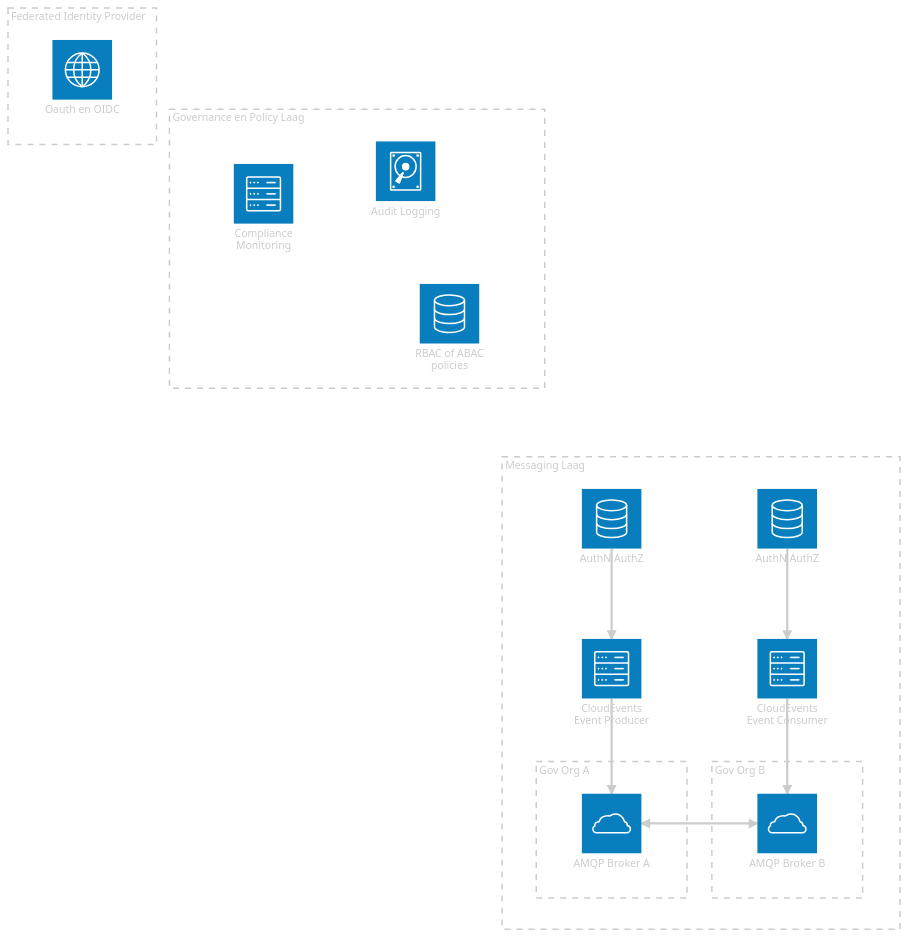
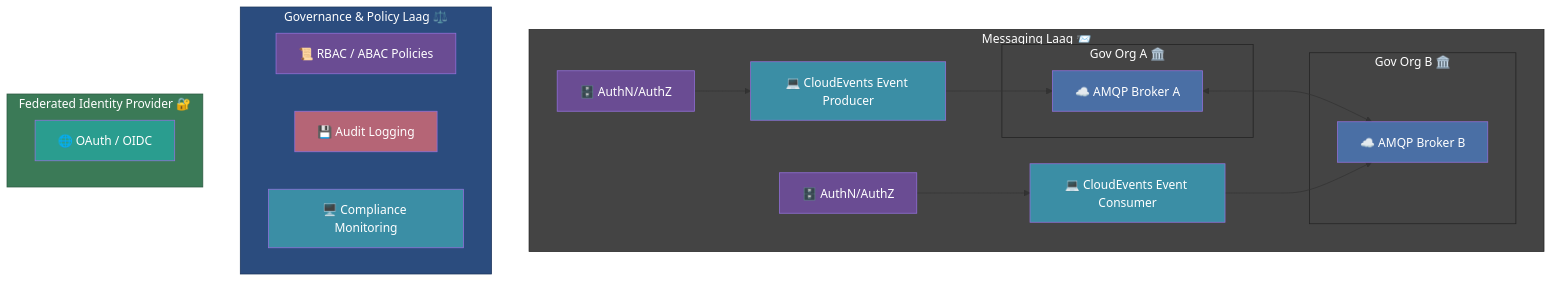
One commit to Logius-standaarden/Abonneren changed the diagram in media/messaging-laag.mermaid. Above: the diagram before and after it, drawn with Mermaid.

Commit message:
Update mermaid

```diff
--- a/media/messaging-laag.mermaid
+++ b/media/messaging-laag.mermaid
@@ -1,32 +1,48 @@
----
-config:
-  theme: neo-dark
-  architecture-beta:
-    htmlLabels: false
----
-architecture-beta
-    group not[Messaging Laag]
-    group gova[Gov Org A] in not
-    group govb[Gov Org B] in not
+%% Herziene versie nu in vorm van flowchart (ipv architecture-beta)
+%% Theme: dark-friendly, readable, grouped with colors
 
-    group gov[Governance en Policy Laag]
-    group id[Federated Identity Provider]
+flowchart TD
+    %% Define styling
+    classDef gov fill:#2b4c7e,stroke:#1c355c,color:#fff
+    classDef id fill:#3b7a57,stroke:#2c5941,color:#fff
+    classDef not fill:#444,stroke:#222,color:#fff
+    classDef service fill:#555,stroke:#222,color:#fff,stroke-width:1px
+    classDef cloud fill:#4a6fa5,color:#fff
+    classDef database fill:#6a4c93,color:#fff
+    classDef server fill:#3b8ea5,color:#fff
+    classDef disk fill:#b56576,color:#fff
+    classDef internet fill:#2a9d8f,color:#fff
 
-    service s1(cloud)[AMQP Broker A] in gova
-    service s2(cloud)[AMQP Broker B] in govb
-    service ce1(server)[CloudEvents Event Producer] in not
-    service ce2(server)[CloudEvents Event Consumer] in not
-    service a1(database)[AuthN AuthZ] in not
-    service a2(database)[AuthN AuthZ] in not
+    %% Groups / Layers
+    subgraph NOT["Messaging Laag 📨"]
+        subgraph GOVA["Gov Org A 🏛️"]
+            s1[☁️ AMQP Broker A]:::cloud
+        end
+        subgraph GOVB["Gov Org B 🏛️"]
+            s2[☁️ AMQP Broker B]:::cloud
+        end
+        ce1[💻 CloudEvents Event Producer]:::server
+        ce2[💻 CloudEvents Event Consumer]:::server
+        a1[🗄️ AuthN/AuthZ]:::database
+        a2[🗄️ AuthN/AuthZ]:::database
+    end
+    class NOT,GOVA,GOVB not
 
-    service g1(database)[RBAC of ABAC policies] in gov
-    service g2(disk)[Audit Logging] in gov
-    service g3(server)[Compliance Monitoring] in gov
+    subgraph GOV["Governance & Policy Laag ⚖️"]
+        g1[📜 RBAC / ABAC Policies]:::database
+        g2[💾 Audit Logging]:::disk
+        g3[🖥️ Compliance Monitoring]:::server
+    end
+    class GOV gov
 
-    service i1(internet)[Oauth en OIDC] in id
+    subgraph ID["Federated Identity Provider 🔐"]
+        i1[🌐 OAuth / OIDC]:::internet
+    end
+    class ID id
 
-    s1:R <--> L:s2
-    ce1:B --> T:s1
-    ce2:B --> T:s2
-    a1:B --> T:ce1
-    a2:B --> T:ce2
+    %% Relationships
+    s1 <--> s2
+    ce1 --> s1
+    ce2 --> s2
+    a1 --> ce1
+    a2 --> ce2
```
